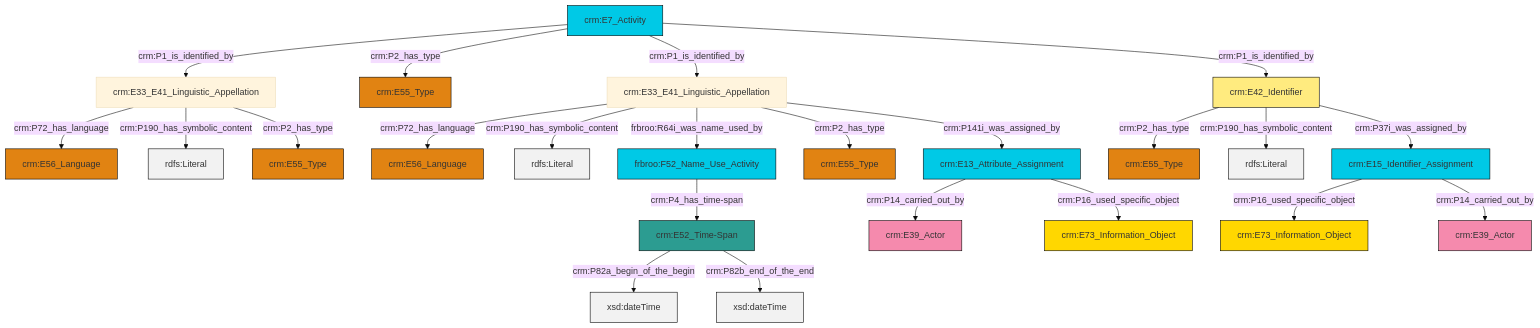
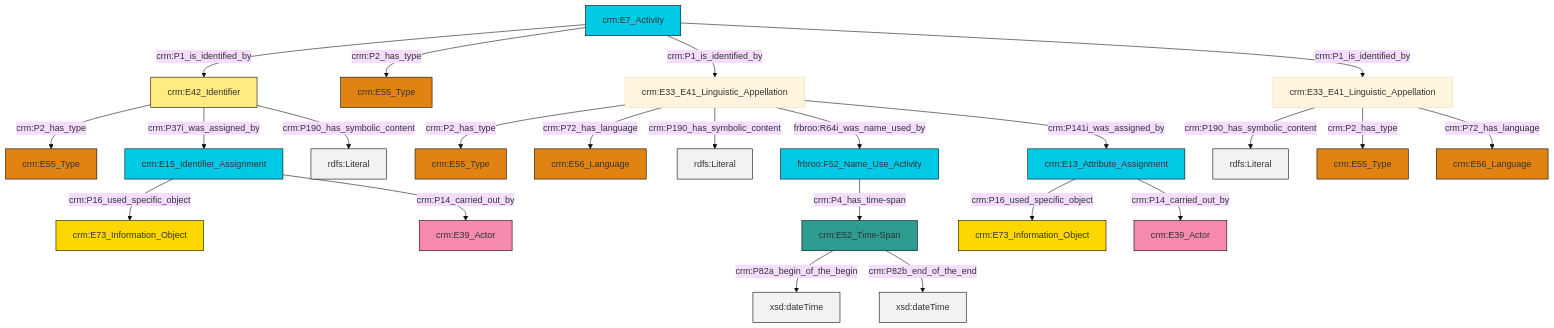
Before and after one commit to swiss-art-research-net/docs.swissartresearch: the diagram in et/eventCSV/ttl/mmd/event_name.ttl.mmd, drawn with Mermaid (base theme). The commit also changed 204 other files, not shown here.

```diff
--- a/et/eventCSV/ttl/mmd/event_name.ttl.mmd
+++ b/et/eventCSV/ttl/mmd/event_name.ttl.mmd
@@ -1,37 +1,37 @@
 graph TD
 classDef Literal fill:#f2f2f2,stroke:#000000;
 classDef CRM_Entity fill:#FFFFFF,stroke:#000000;
 classDef Temporal_Entity fill:#00C9E6, stroke:#000000;
 classDef Type fill:#E18312, stroke:#000000;
 classDef Time-Span fill:#2C9C91, stroke:#000000;
 classDef Appellation fill:#FFEB7F, stroke:#000000;
 classDef Place fill:#008836, stroke:#000000;
 classDef Persistent_Item fill:#B266B2, stroke:#000000;
 classDef Conceptual_Object fill:#FFD700, stroke:#000000;
 classDef Physical_Thing fill:#D2B48C, stroke:#000000;
 classDef Actor fill:#f58aad, stroke:#000000;
 classDef PC_Classes fill:#4ce600, stroke:#000000;
 classDef Multi fill:#cccccc,stroke:#000000;
 
-2["crm:E33_E41_Linguistic_Appellation"]:::Default -->|crm:P72_has_language| 3["crm:E56_Language"]:::Type
-4["crm:E33_E41_Linguistic_Appellation"]:::Default -->|crm:P72_has_language| 5["crm:E56_Language"]:::Type
-6["frbroo:F52_Name_Use_Activity"]:::Temporal_Entity -->|crm:P4_has_time-span| 7["crm:E52_Time-Span"]:::Time-Span
-2["crm:E33_E41_Linguistic_Appellation"]:::Default -->|crm:P190_has_symbolic_content| 8[rdfs:Literal]:::Literal
-9["crm:E7_Activity"]:::Temporal_Entity -->|crm:P1_is_identified_by| 4["crm:E33_E41_Linguistic_Appellation"]:::Default
-11["crm:E42_Identifier"]:::Appellation -->|crm:P2_has_type| 12["crm:E55_Type"]:::Type
-2["crm:E33_E41_Linguistic_Appellation"]:::Default -->|frbroo:R64i_was_name_used_by| 6["frbroo:F52_Name_Use_Activity"]:::Temporal_Entity
-7["crm:E52_Time-Span"]:::Time-Span -->|crm:P82a_begin_of_the_begin| 19[xsd:dateTime]:::Literal
-9["crm:E7_Activity"]:::Temporal_Entity -->|crm:P2_has_type| 24["crm:E55_Type"]:::Type
-2["crm:E33_E41_Linguistic_Appellation"]:::Default -->|crm:P2_has_type| 15["crm:E55_Type"]:::Type
-7["crm:E52_Time-Span"]:::Time-Span -->|crm:P82b_end_of_the_end| 29[xsd:dateTime]:::Literal
-30["crm:E15_Identifier_Assignment"]:::Temporal_Entity -->|crm:P16_used_specific_object| 13["crm:E73_Information_Object"]:::Conceptual_Object
-9["crm:E7_Activity"]:::Temporal_Entity -->|crm:P1_is_identified_by| 2["crm:E33_E41_Linguistic_Appellation"]:::Default
-0["crm:E13_Attribute_Assignment"]:::Temporal_Entity -->|crm:P14_carried_out_by| 31["crm:E39_Actor"]:::Actor
-11["crm:E42_Identifier"]:::Appellation -->|crm:P190_has_symbolic_content| 36[rdfs:Literal]:::Literal
-30["crm:E15_Identifier_Assignment"]:::Temporal_Entity -->|crm:P14_carried_out_by| 20["crm:E39_Actor"]:::Actor
-11["crm:E42_Identifier"]:::Appellation -->|crm:P37i_was_assigned_by| 30["crm:E15_Identifier_Assignment"]:::Temporal_Entity
-9["crm:E7_Activity"]:::Temporal_Entity -->|crm:P1_is_identified_by| 11["crm:E42_Identifier"]:::Appellation
-4["crm:E33_E41_Linguistic_Appellation"]:::Default -->|crm:P190_has_symbolic_content| 38[rdfs:Literal]:::Literal
-4["crm:E33_E41_Linguistic_Appellation"]:::Default -->|crm:P2_has_type| 26["crm:E55_Type"]:::Type
-2["crm:E33_E41_Linguistic_Appellation"]:::Default -->|crm:P141i_was_assigned_by| 0["crm:E13_Attribute_Assignment"]:::Temporal_Entity
-0["crm:E13_Attribute_Assignment"]:::Temporal_Entity -->|crm:P16_used_specific_object| 22["crm:E73_Information_Object"]:::Conceptual_Object
+0["crm:E42_Identifier"]:::Appellation -->|crm:P2_has_type| 1["crm:E55_Type"]:::Type
+4["crm:E33_E41_Linguistic_Appellation"]:::Default -->|crm:P2_has_type| 5["crm:E55_Type"]:::Type
+4["crm:E33_E41_Linguistic_Appellation"]:::Default -->|crm:P72_has_language| 6["crm:E56_Language"]:::Type
+4["crm:E33_E41_Linguistic_Appellation"]:::Default -->|crm:P190_has_symbolic_content| 11[rdfs:Literal]:::Literal
+0["crm:E42_Identifier"]:::Appellation -->|crm:P37i_was_assigned_by| 12["crm:E15_Identifier_Assignment"]:::Temporal_Entity
+12["crm:E15_Identifier_Assignment"]:::Temporal_Entity -->|crm:P16_used_specific_object| 19["crm:E73_Information_Object"]:::Conceptual_Object
+0["crm:E42_Identifier"]:::Appellation -->|crm:P190_has_symbolic_content| 20[rdfs:Literal]:::Literal
+23["crm:E7_Activity"]:::Temporal_Entity -->|crm:P1_is_identified_by| 0["crm:E42_Identifier"]:::Appellation
+15["crm:E33_E41_Linguistic_Appellation"]:::Default -->|crm:P190_has_symbolic_content| 24[rdfs:Literal]:::Literal
+4["crm:E33_E41_Linguistic_Appellation"]:::Default -->|frbroo:R64i_was_name_used_by| 25["frbroo:F52_Name_Use_Activity"]:::Temporal_Entity
+23["crm:E7_Activity"]:::Temporal_Entity -->|crm:P2_has_type| 13["crm:E55_Type"]:::Type
+17["crm:E52_Time-Span"]:::Time-Span -->|crm:P82a_begin_of_the_begin| 28[xsd:dateTime]:::Literal
+15["crm:E33_E41_Linguistic_Appellation"]:::Default -->|crm:P2_has_type| 2["crm:E55_Type"]:::Type
+7["crm:E13_Attribute_Assignment"]:::Temporal_Entity -->|crm:P16_used_specific_object| 9["crm:E73_Information_Object"]:::Conceptual_Object
+23["crm:E7_Activity"]:::Temporal_Entity -->|crm:P1_is_identified_by| 4["crm:E33_E41_Linguistic_Appellation"]:::Default
+17["crm:E52_Time-Span"]:::Time-Span -->|crm:P82b_end_of_the_end| 33[xsd:dateTime]:::Literal
+25["frbroo:F52_Name_Use_Activity"]:::Temporal_Entity -->|crm:P4_has_time-span| 17["crm:E52_Time-Span"]:::Time-Span
+15["crm:E33_E41_Linguistic_Appellation"]:::Default -->|crm:P72_has_language| 34["crm:E56_Language"]:::Type
+12["crm:E15_Identifier_Assignment"]:::Temporal_Entity -->|crm:P14_carried_out_by| 36["crm:E39_Actor"]:::Actor
+7["crm:E13_Attribute_Assignment"]:::Temporal_Entity -->|crm:P14_carried_out_by| 38["crm:E39_Actor"]:::Actor
+4["crm:E33_E41_Linguistic_Appellation"]:::Default -->|crm:P141i_was_assigned_by| 7["crm:E13_Attribute_Assignment"]:::Temporal_Entity
+23["crm:E7_Activity"]:::Temporal_Entity -->|crm:P1_is_identified_by| 15["crm:E33_E41_Linguistic_Appellation"]:::Default
```
